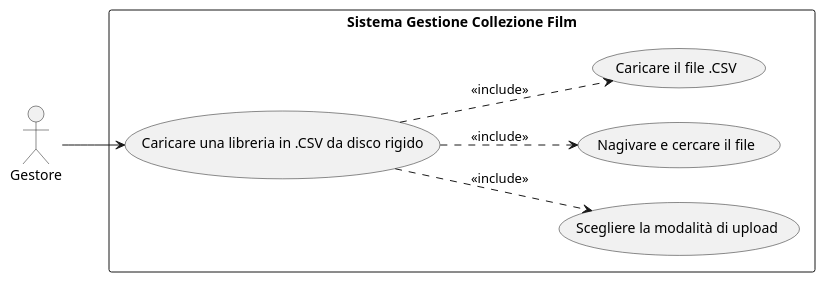
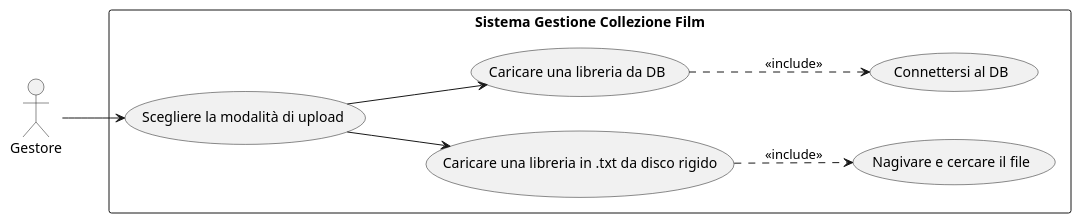
One commit to giuseppedemarco/239811_DeMarco_Giuseppe_Progetto_IdS changed the diagram in uml_diagrams/upload_library.plantuml. Above: the diagram before and after it, drawn with PlantUML. The commit also changed 2 other files, not shown here.

Commit message:
Updated plantuml files for remove, save and upload film

```diff
--- a/uml_diagrams/upload_library.plantuml
+++ b/uml_diagrams/upload_library.plantuml
@@ -1,20 +1,24 @@
 @startuml
 left to right direction
 
 
 actor "Gestore" as Gestore
 rectangle "Sistema Gestione Collezione Film"{
-    usecase "Caricare una libreria in .CSV da disco rigido" as UpLib
+    usecase "Scegliere la modalità di upload" as Mod
+
+    usecase "Caricare una libreria in .txt da disco rigido" as UpLib
+    usecase "Caricare una libreria da DB" as UpDB
 
     usecase "Scegliere la modalità di upload" as Mod
     usecase "Nagivare e cercare il file" as File
-    usecase "Caricare il file .CSV" as CSV
+    usecase "Connettersi al DB" as Connection
 }
 
-Gestore --> UpLib 
+Gestore --> Mod 
 
-UpLib ..> Mod : <<include>>
+Mod --> UpLib
+Mod --> UpDB
 UpLib ..> File : <<include>>
-UpLib ..> CSV : <<include>>
+UpDB ..> Connection : <<include>>
 
 @enduml
```
